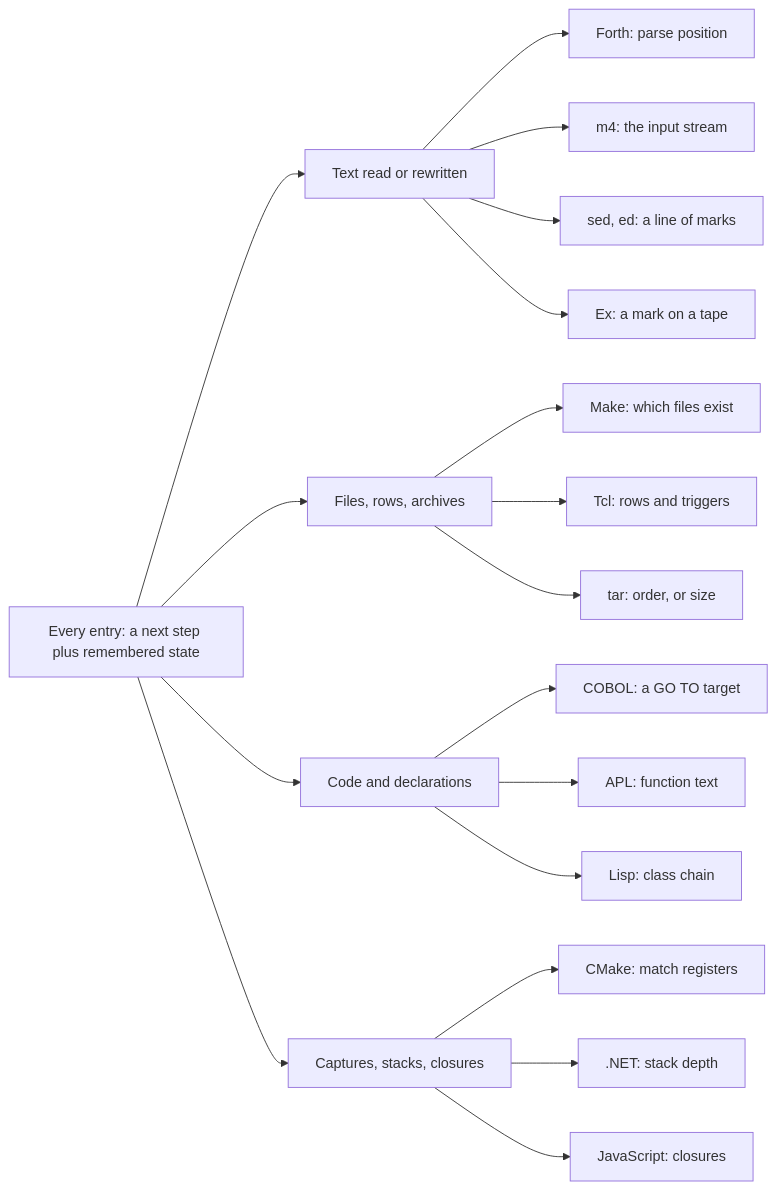
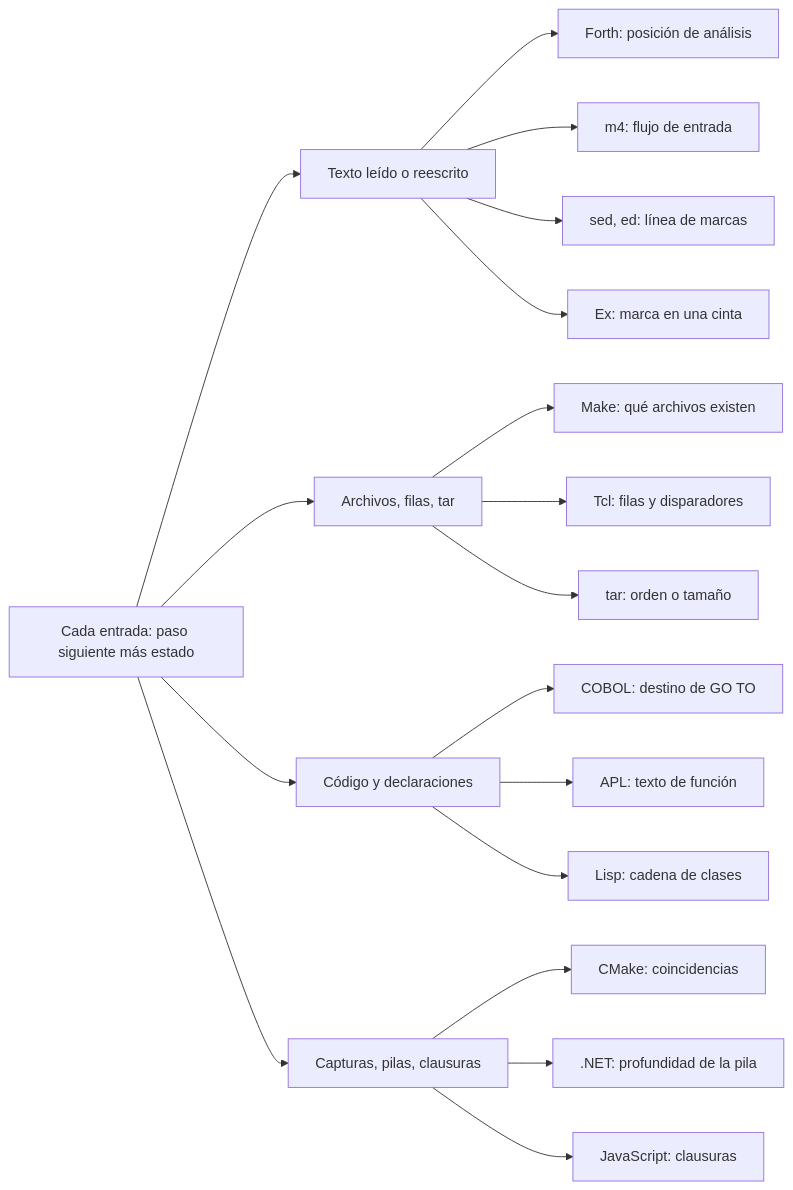
Before and after one commit to dullroar/aprende-a-programar-como-un-bicho-raro: the diagram in lessons/guias-de-estudio/conceptos/diseno-comparativo-de-maquinas.md, drawn with Mermaid. The commit also changed other lines of this file and 10 other files, not shown here.

````diff
--- a/lessons/guias-de-estudio/conceptos/diseno-comparativo-de-maquinas.md
+++ b/lessons/guias-de-estudio/conceptos/diseno-comparativo-de-maquinas.md
@@ -80,23 +80,23 @@
 ```mermaid
 flowchart LR
-    accTitle: Where entries keep the next step and the remembered state
-    accDescr: A diagram that groups entries by where the machine lives. Every entry is a next step plus remembered state. In text that is read or rewritten: Forth keeps it in the parse position, m4 in the input stream, sed and ed in a line of marks, and Ex in a mark on a tape. In files, rows and archives: Make keeps it in which files exist, Tcl in table rows and triggers, and tar in the archive order or its size. In code and declarations: COBOL keeps it in a GO TO target, APL in function source text, and Lisp in the class precedence list. In captures, stacks and closures: CMake keeps it in match registers, the .NET entry in capture stack depth, and the JavaScript weird entry in closures.
-    M["Every entry: a next step plus remembered state"]
-    M --> A["Text read or rewritten"]
-    M --> B["Files, rows, archives"]
-    M --> C["Code and declarations"]
-    M --> D["Captures, stacks, closures"]
-    A --> A1["Forth: parse position"]
-    A --> A2["m4: the input stream"]
-    A --> A3["sed, ed: a line of marks"]
-    A --> A4["Ex: a mark on a tape"]
-    B --> B1["Make: which files exist"]
-    B --> B2["Tcl: rows and triggers"]
-    B --> B3["tar: order, or size"]
-    C --> C1["COBOL: a GO TO target"]
-    C --> C2["APL: function text"]
-    C --> C3["Lisp: class chain"]
-    D --> D1["CMake: match registers"]
-    D --> D2[".NET: stack depth"]
-    D --> D3["JavaScript: closures"]
+    accTitle: Dónde guardan las entradas el paso siguiente y el estado recordado
+    accDescr: Un diagrama que agrupa las entradas según el lugar donde vive la máquina. Cada entrada es un paso siguiente más un estado recordado. En el texto que se lee o se reescribe: Forth lo guarda en la posición de análisis y m4 en el flujo de entrada. Sed y ed lo guardan en una línea de marcas, y Ex en una marca sobre una cinta. En archivos, filas y archivos tar: Make lo guarda en qué archivos existen y Tcl en filas de tablas y disparadores. Tar lo guarda en el orden del archivo tar o en su tamaño. En código y declaraciones: COBOL lo guarda en un destino de GO TO. APL lo guarda en el texto fuente de una función y Lisp en la lista de precedencia de clases. En capturas, pilas y clausuras: CMake lo guarda en registros de coincidencia. La entrada de .NET lo guarda en la profundidad de la pila de capturas. La entrada rara de JavaScript lo guarda en clausuras (funciones que conservan las variables de su entorno).
+    M["Cada entrada: paso siguiente más estado"]
+    M --> A["Texto leído o reescrito"]
+    M --> B["Archivos, filas, tar"]
+    M --> C["Código y declaraciones"]
+    M --> D["Capturas, pilas, clausuras"]
+    A --> A1["Forth: posición de análisis"]
+    A --> A2["m4: flujo de entrada"]
+    A --> A3["sed, ed: línea de marcas"]
+    A --> A4["Ex: marca en una cinta"]
+    B --> B1["Make: qué archivos existen"]
+    B --> B2["Tcl: filas y disparadores"]
+    B --> B3["tar: orden o tamaño"]
+    C --> C1["COBOL: destino de GO TO"]
+    C --> C2["APL: texto de función"]
+    C --> C3["Lisp: cadena de clases"]
+    D --> D1["CMake: coincidencias"]
+    D --> D2[".NET: profundidad de la pila"]
+    D --> D3["JavaScript: clausuras"]
 ```
````
